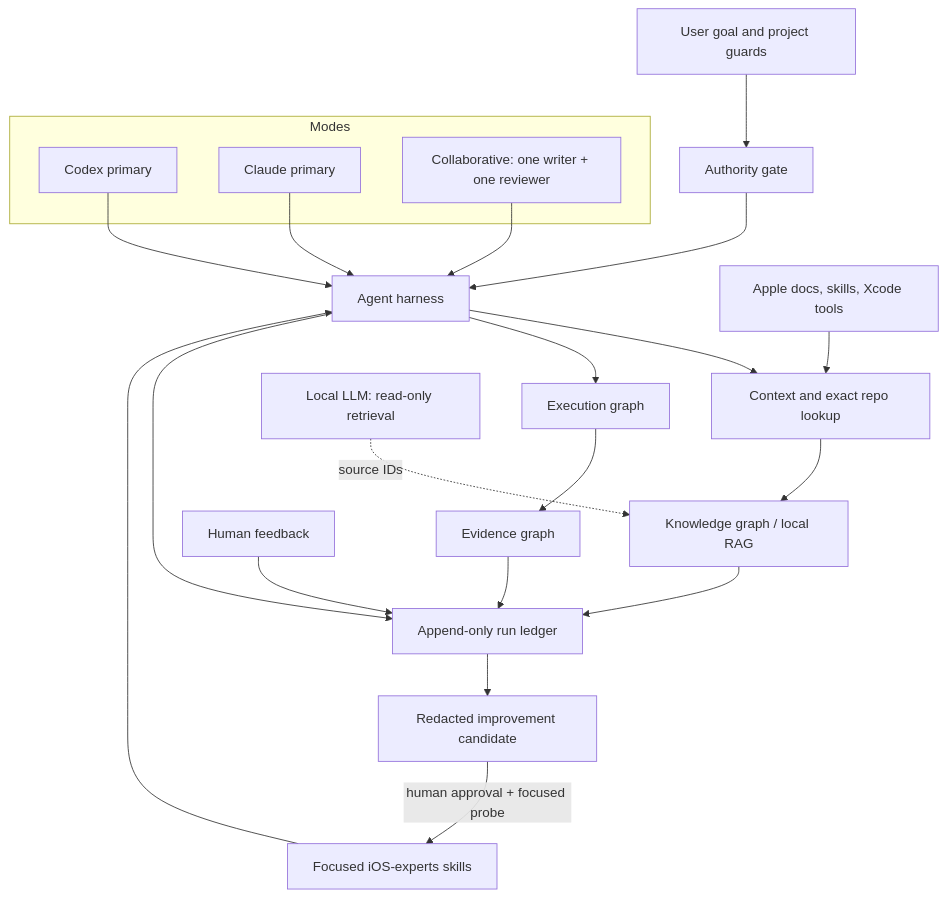
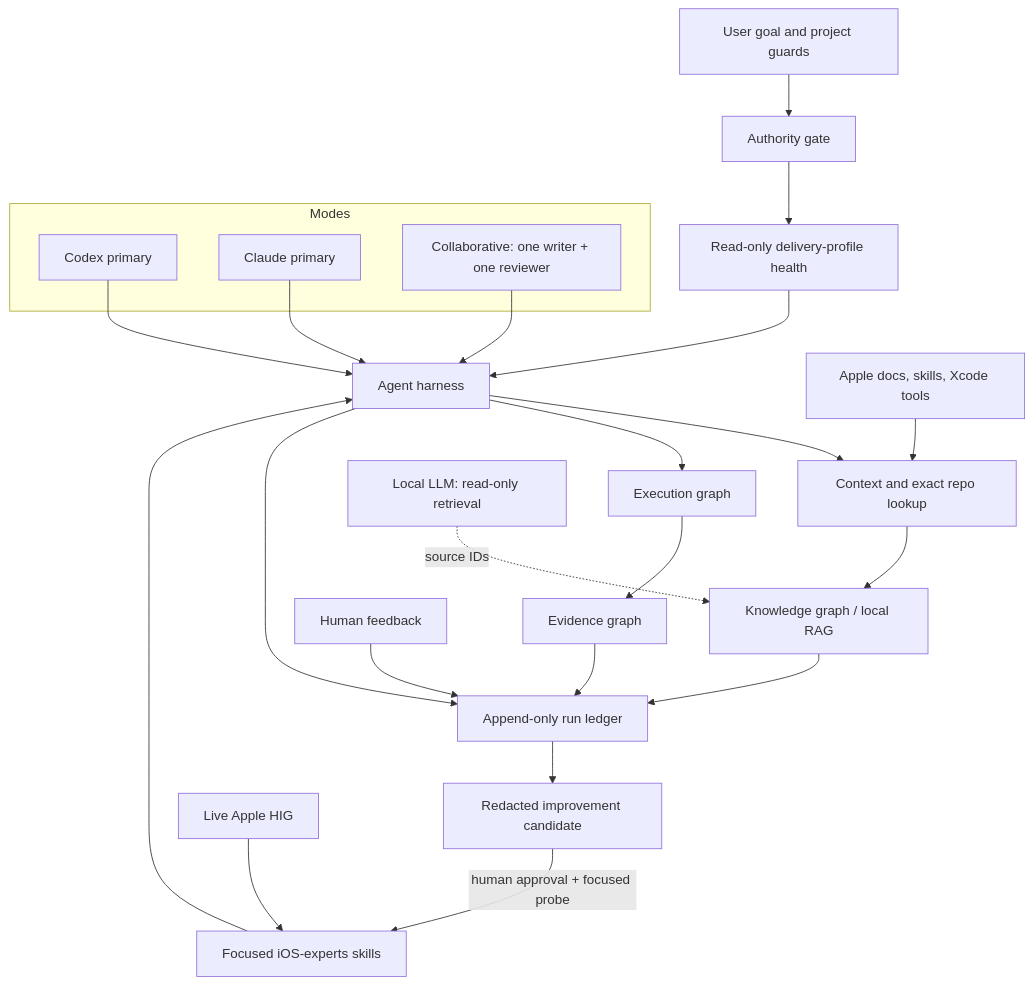
One commit to ShawnBaek/ai-workflow-apple-platform-engineer changed the first of 3 diagrams in README.md. Above: the diagram before and after it, drawn with Mermaid. The commit also changed other lines of this file and 46 other files, not shown here.

First line of the commit message:
feat(harness): add bounded unattended Apple delivery (#7)

````diff
--- a/README.md
+++ b/README.md
@@ -38,29 +47,31 @@
 ```mermaid
 flowchart TB
     U[User goal and project guards] --> A[Authority gate]
-    A --> H[Agent harness]
+    A --> HC[Read-only delivery-profile health]
+    HC --> H[Agent harness]
     H --> C[Context and exact repo lookup]
     H --> X[Execution graph]
     H --> L[Append-only run ledger]
     C --> K[Knowledge graph / local RAG]
     X --> E[Evidence graph]
     K --> L
     E --> L
     F[Human feedback] --> L
     L --> IC[Redacted improvement candidate]
     IC -->|human approval + focused probe| SP
 
     subgraph Modes
       CX[Codex primary]
       CL[Claude primary]
       CO[Collaborative: one writer + one reviewer]
     end
 
     CX --> H
     CL --> H
     CO --> H
     O[Local LLM: read-only retrieval] -. source IDs .-> K
 
     AP[Apple docs, skills, Xcode tools] --> C
+    HG[Live Apple HIG] --> SP
     SP[Focused iOS-experts skills] --> H
 ```
````
